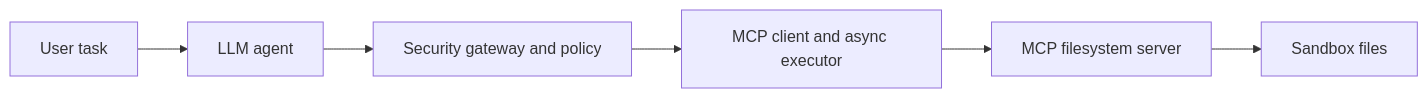
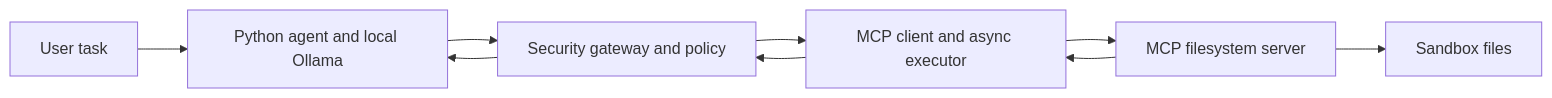
The diagram in README.md (ManuRslf/MCP-SEC), drawn with Mermaid before and after one commit. The commit also changed other lines of this file and 7 other files, not shown here.

````diff
--- a/README.md
+++ b/README.md
@@ -39,8 +23,11 @@
 ```mermaid
 flowchart LR
-    User[User task] --> Agent[LLM agent]
+    Task[User task] --> Agent[Python agent and local Ollama]
     Agent --> Gateway[Security gateway and policy]
     Gateway --> Client[MCP client and async executor]
     Client --> Server[MCP filesystem server]
     Server --> Sandbox[Sandbox files]
+    Server --> Client
+    Client --> Gateway
+    Gateway --> Agent
 ```
````
